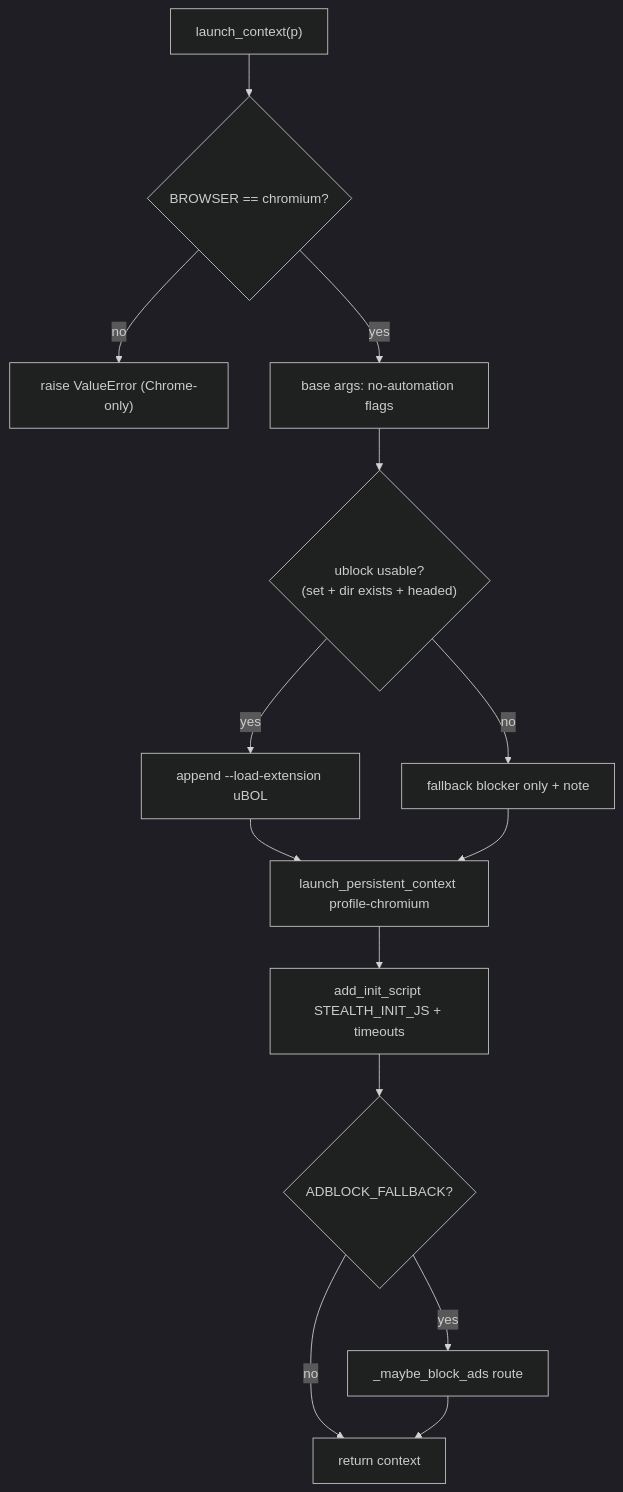
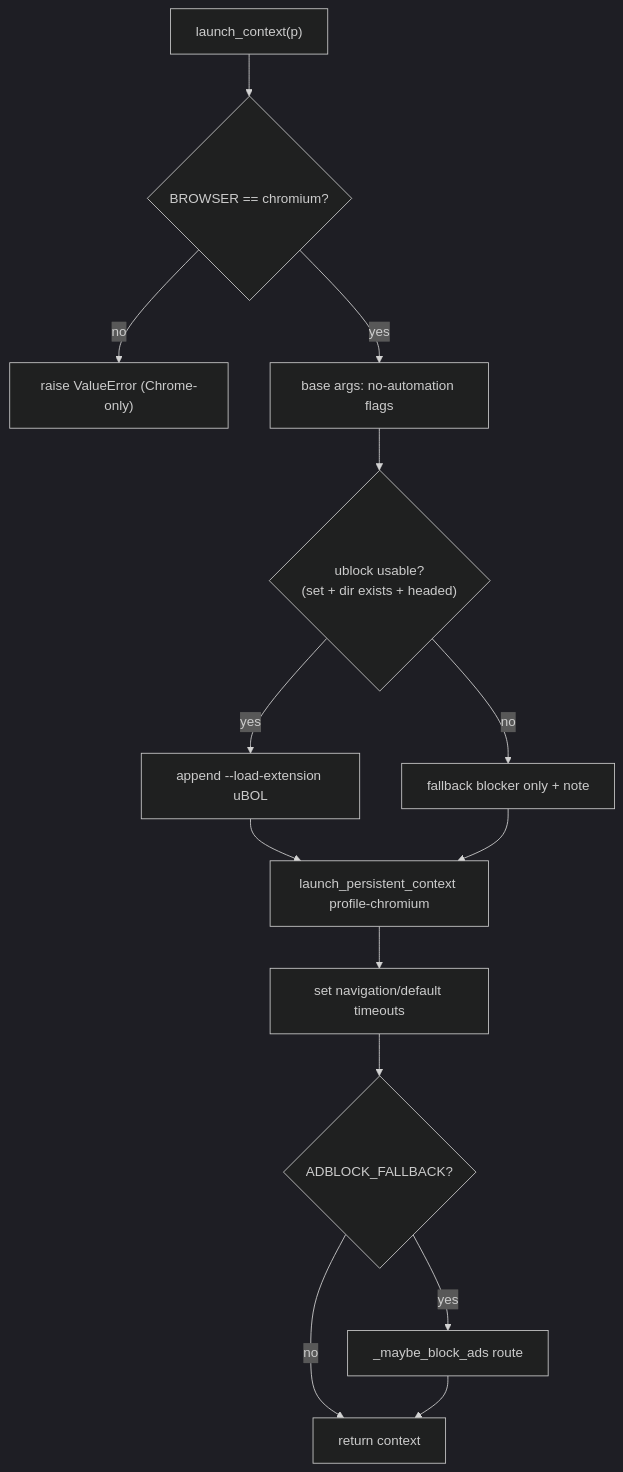
One commit to AslamNazeerShaikh/PythonWebScraping changed the ninth of 10 diagrams in docs/CODE_EXPLANATION.md. Above: the diagram before and after it, drawn with Mermaid (dark theme). The commit also changed other lines of this file and 4 other files, not shown here.

First line of the commit message:
fix(stealth): remove inert init script; document detector cross-check

````diff
--- a/docs/CODE_EXPLANATION.md
+++ b/docs/CODE_EXPLANATION.md
@@ -677,16 +678,16 @@
 ```mermaid
 flowchart TD
     L["launch_context(p)"] --> W{"BROWSER == chromium?"}
     W -->|no| Err["raise ValueError (Chrome-only)"]
     W -->|yes| Args["base args: no-automation flags"]
     Args --> Ext{"ublock usable?<br/>(set + dir exists + headed)"}
     Ext -->|yes| U["append --load-extension uBOL"]
     Ext -->|no| F["fallback blocker only + note"]
     U --> P["launch_persistent_context profile-chromium"]
     F --> P
-    P --> S["add_init_script STEALTH_INIT_JS + timeouts"]
+    P --> S["set navigation/default timeouts"]
     S --> R{"ADBLOCK_FALLBACK?"}
     R -->|yes| B["_maybe_block_ads route"]
     R -->|no| Done["return context"]
     B --> Done
 ```
````
